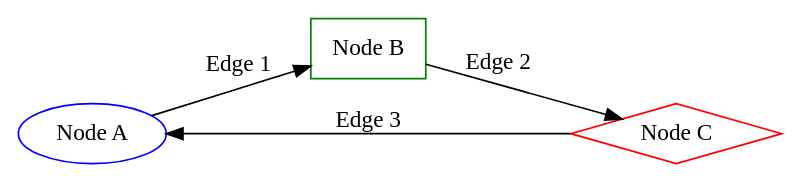
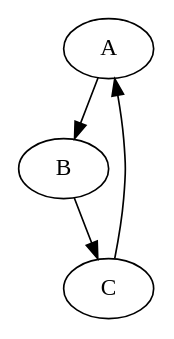
One commit to qiyana-ratchet/online-problems changed the diagram in GraphViz/input.dot. Above: the diagram before and after it, drawn with Graphviz. The commit also changed 7 other files, not shown here.

Commit message:
GV - mygraph draws graphviz image

```diff
--- a/GraphViz/input.dot
+++ b/GraphViz/input.dot
@@ -1,15 +1,13 @@
 digraph MyGraph {
     // Define nodes with labels and attributes
-    A [label="Node A", shape=ellipse, color=blue];
-    B [label="Node B", shape=box, color=green];
-    C [label="Node C", shape=diamond, color=red];
+    A
+    B
+    C
 
     // Define edges with attributes
-    A -> B [label="Edge 1", weight=2];
-    B -> C [label="Edge 2", weight=1];
-    C -> A [label="Edge 3", weight=3];
+    A -> B
+    B -> C
+    C -> A
 
-    // Set graph-level attributes
-    rankdir=LR; // Horizontal layout
-    splines=polyline; // Use curved edges
+
 }
```
